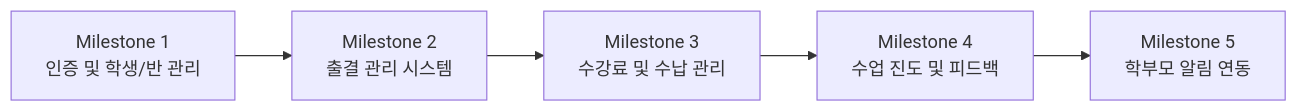
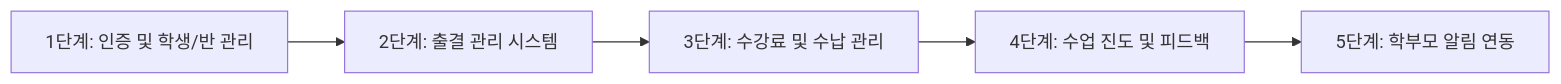
Before and after one commit to JoshyWoshy1212/ClassHelper: the second of 2 diagrams in README.md, drawn with Mermaid. The commit also changed other lines of this file and 24 other files, not shown here.

````diff
--- a/README.md
+++ b/README.md
@@ -79,7 +122,7 @@
 ```mermaid
-flowchart LR
-    M1["Milestone 1<br>인증 및 학생/반 관리"] --> M2["Milestone 2<br>출결 관리 시스템"]
-    M2 --> M3["Milestone 3<br>수강료 및 수납 관리"]
-    M3 --> M4["Milestone 4<br>수업 진도 및 피드백"]
-    M4 --> M5["Milestone 5<br>학부모 알림 연동"]
+graph LR
+    M1["1단계: 인증 및 학생/반 관리"] --> M2["2단계: 출결 관리 시스템"]
+    M2 --> M3["3단계: 수강료 및 수납 관리"]
+    M3 --> M4["4단계: 수업 진도 및 피드백"]
+    M4 --> M5["5단계: 학부모 알림 연동"]
 ```
````
